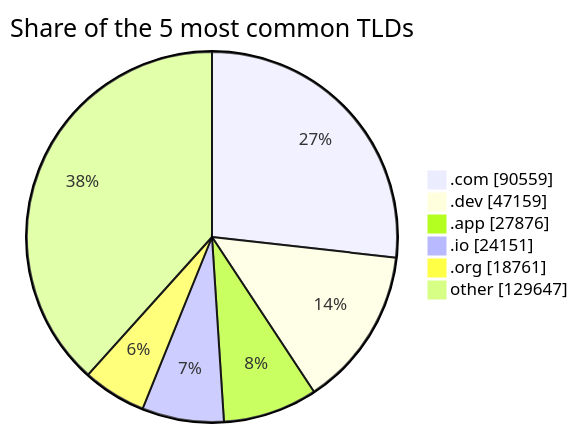
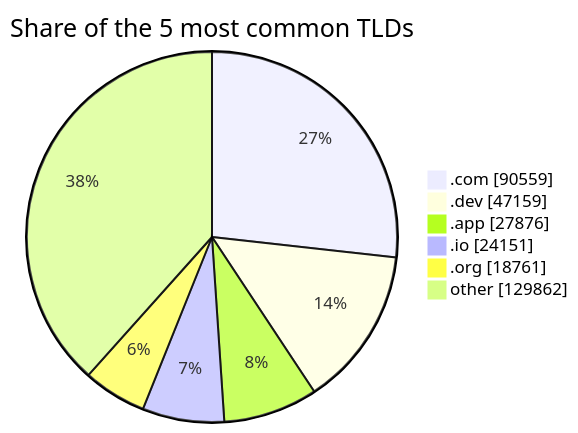
The third of 3 diagrams in README.md (DNSBunker/CTI), drawn with Mermaid before and after one commit. The commit also changed other lines of this file and 3 other files, not shown here.

````diff
--- a/README.md
+++ b/README.md
@@ -81,9 +81,9 @@
 ```mermaid
 pie showData title Share of the 5 most common TLDs
     ".com" : 90559
     ".dev" : 47159
     ".app" : 27876
     ".io" : 24151
     ".org" : 18761
-    "other" : 129647
+    "other" : 129862
 ```
````
